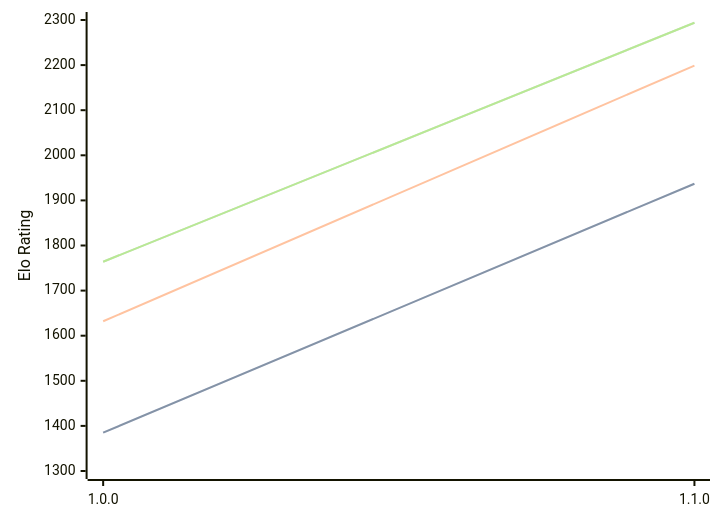
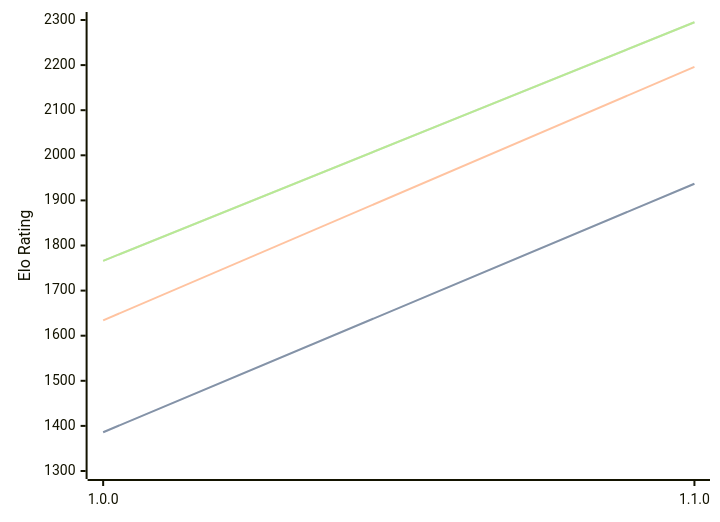
The diagram in engines/Akerbeltz.md (computer-chess-index/cci), drawn with Mermaid before and after one commit. The commit also changed other lines of this file, not shown here.

Commit message:
Update CCI Ratings (ELO VLTC) - 2026-08-23

````diff
--- a/engines/Akerbeltz.md
+++ b/engines/Akerbeltz.md
@@ -32,11 +32,11 @@
 ```mermaid
 %%{init: {"theme":"base","themeVariables":{"seriesColors:['#a3a3a3','#222221','#faa371']}}}%%
 xychart-beta
   x-axis ["1.0.0", "1.1.0"]
   y-axis "Elo Rating" 1300 --> 2300
-  line "STC (8.0+0.08s)" [1385, 1937]
-  line "STC (8.0+0.08s)" [1385, 1937]
-  line "LTC (60.0+0.60s)" [1632, 2199]
-  line "VLTC (2m24s+1.12s)" [1764, 2294]
-  line "VLTC (2m24s+1.12s)" [1764, 2294]
+  line "STC (8.0+0.08s)" [1386, 1937]
+  line "STC (8.0+0.08s)" [1386, 1937]
+  line "LTC (60.0+0.60s)" [1634, 2196]
+  line "VLTC (2m24s+1.12s)" [1766, 2295]
+  line "VLTC (2m24s+1.12s)" [1766, 2295]
 ```
````
